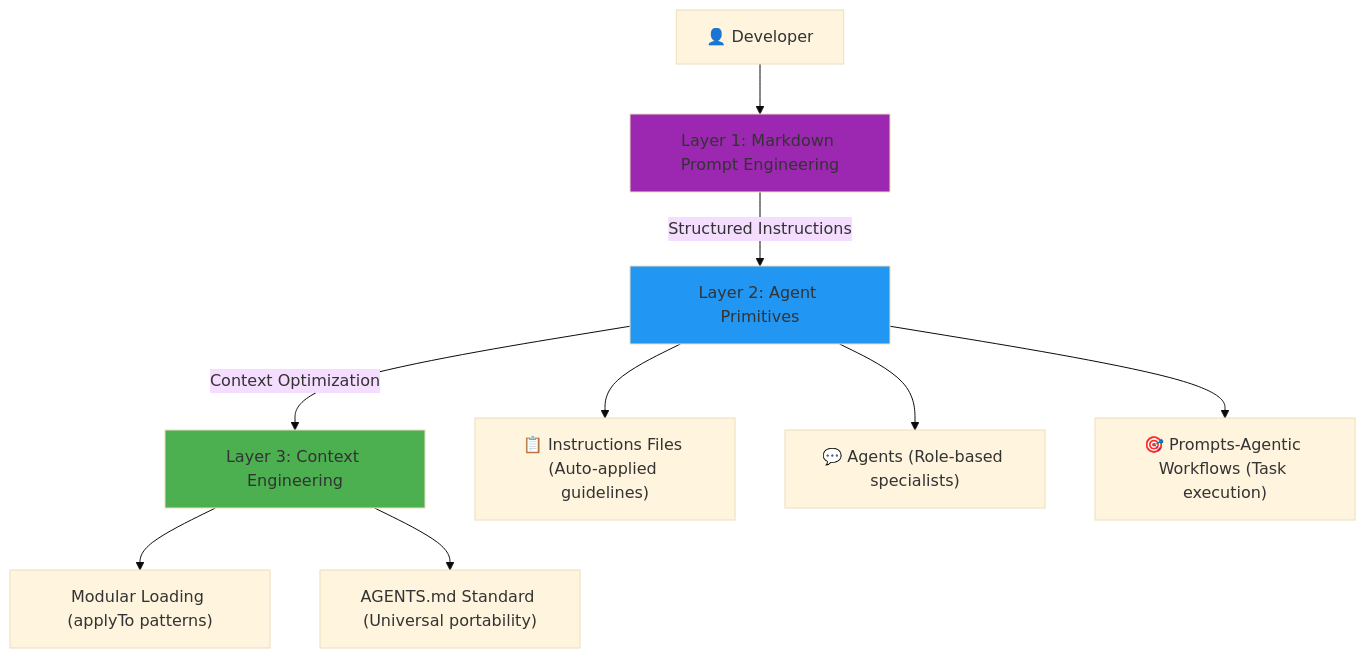
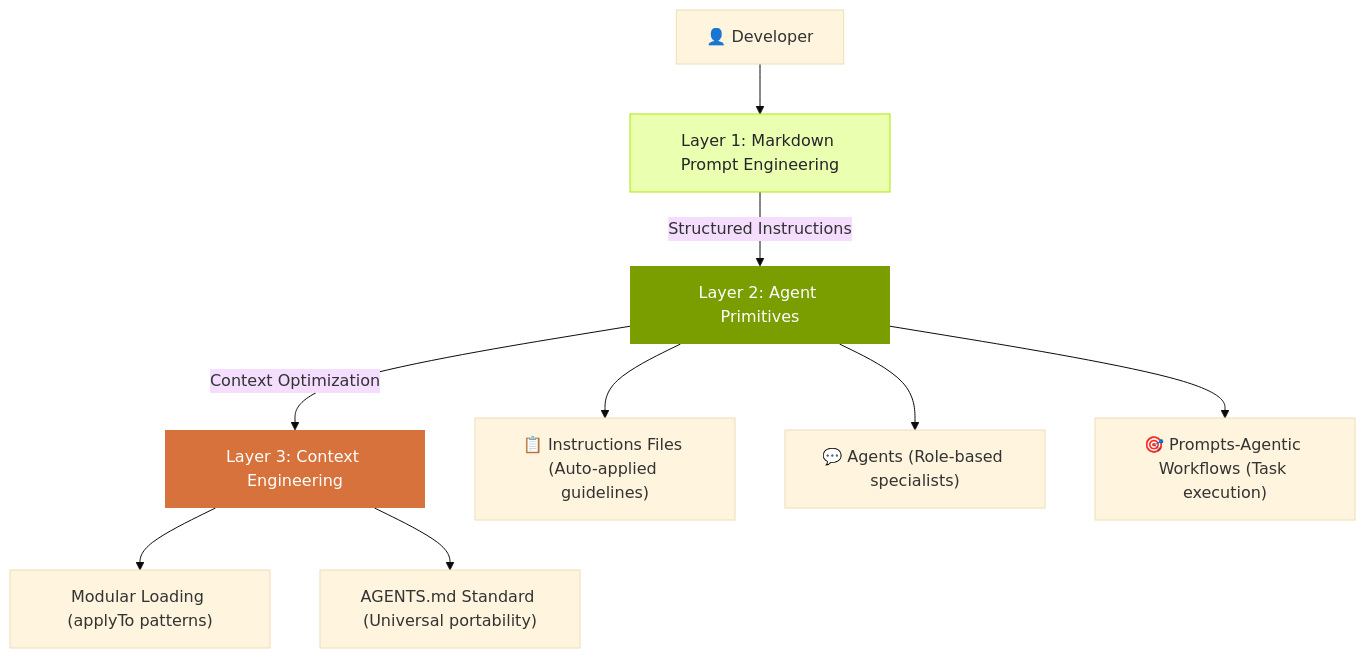
Before and after one commit to javiarmesto/ALDC-AL-Development-Collection: the diagram in docs/framework/overview.md, drawn with Mermaid (base theme). The commit also changed 8 other files, not shown here.

````diff
--- a/docs/framework/overview.md
+++ b/docs/framework/overview.md
@@ -7,17 +7,17 @@
 ```mermaid
 graph TB
     Dev[👤 Developer] --> Layer1[Layer 1: Markdown Prompt Engineering]
     Layer1 --> |Structured Instructions| Layer2[Layer 2: Agent Primitives]
     Layer2 --> |Context Optimization| Layer3[Layer 3: Context Engineering]
     
     Layer2 --> Instructions["📋 Instructions Files (Auto-applied guidelines)"]
     Layer2 --> Agents["💬 Agents (Role-based specialists)"]
     Layer2 --> Prompts["🎯 Prompts-Agentic Workflows (Task execution)"]
     
     Layer3 --> Modular["Modular Loading (applyTo patterns)"]
     Layer3 --> AGENTSMD["AGENTS.md Standard (Universal portability)"]
     
-    style Layer1 fill:#9C27B0
-    style Layer2 fill:#2196F3
-    style Layer3 fill:#4CAF50
+    style Layer1 fill:#ebffb1,color:#232529,stroke:#ade900
+    style Layer2 fill:#7a9e00,color:#fff,stroke:none
+    style Layer3 fill:#d8723c,color:#fff,stroke:none
 ```
````
